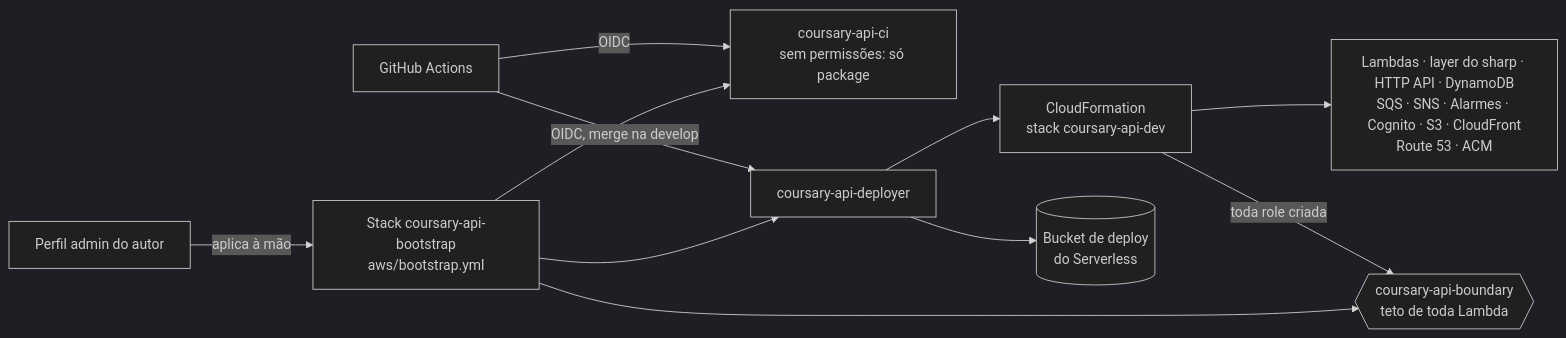
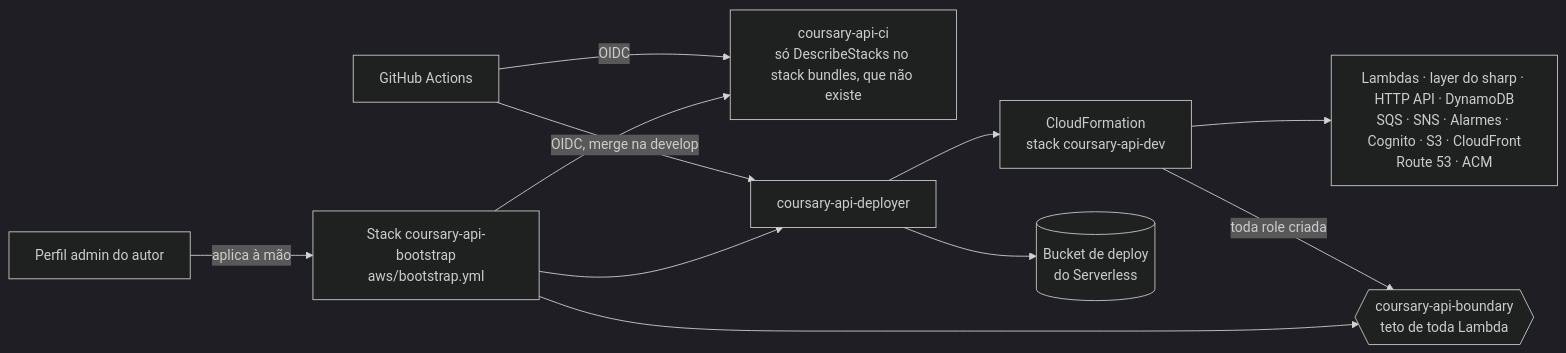
The third of 3 diagrams in docs/system-design.md (joaosoarees/coursary-api), drawn with Mermaid (dark theme) before and after one commit.

Commit message:
docs: show the CI role's only permission in the system design

````diff
--- a/docs/system-design.md
+++ b/docs/system-design.md
@@ -163,11 +163,11 @@
 ```mermaid
 flowchart LR
-  gh[GitHub Actions] -->|OIDC| ci[coursary-api-ci<br/>sem permissões: só package]
+  gh[GitHub Actions] -->|OIDC| ci[coursary-api-ci<br/>só DescribeStacks no stack bundles, que não existe]
   gh -->|OIDC, merge na develop| dep[coursary-api-deployer]
   dep --> cfn[CloudFormation<br/>stack coursary-api-dev]
   dep --> bucket[(Bucket de deploy<br/>do Serverless)]
   cfn --> res[Lambdas · layer do sharp · HTTP API · DynamoDB<br/>SQS · SNS · Alarmes · Cognito · S3 · CloudFront<br/>Route 53 · ACM]
   cfn -->|toda role criada| boundary{{coursary-api-boundary<br/>teto de toda Lambda}}
   admin[Perfil admin do autor] -->|aplica à mão| boot[Stack coursary-api-bootstrap<br/>aws/bootstrap.yml]
   boot --> ci & dep & boundary
 ```
````
